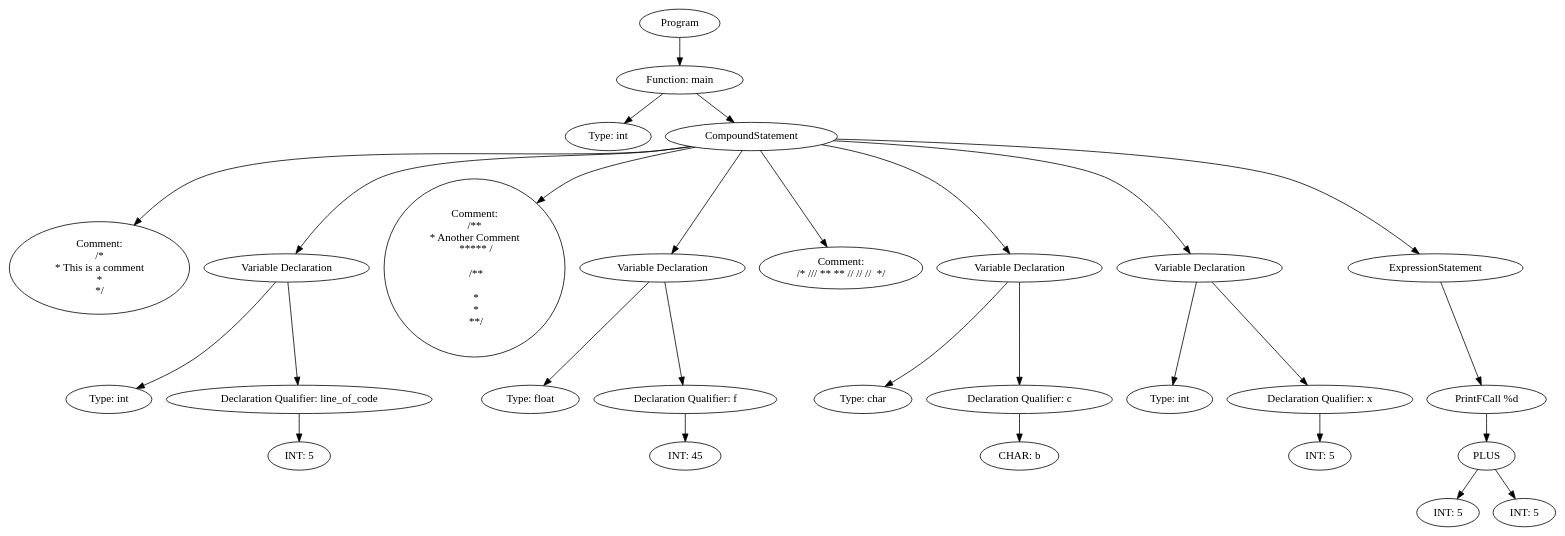
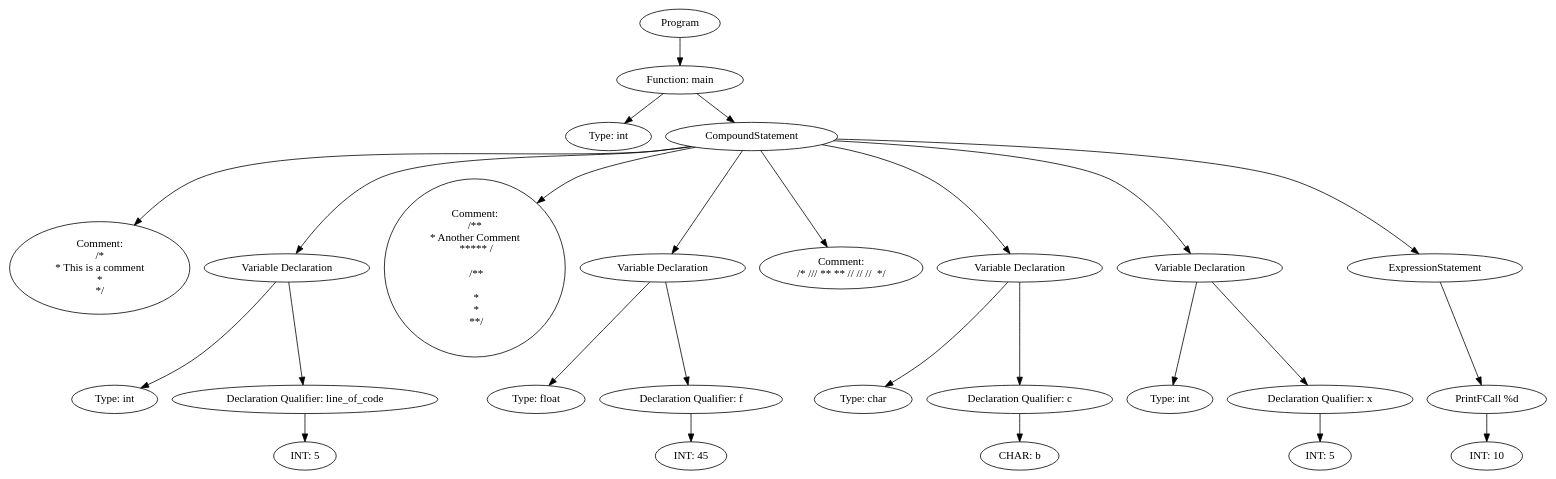
The diagram in output/proj3_man_pass_commentMultiLine_AST.dot (ArneDePeuter/UA-2024-Compiler), drawn with Graphviz before and after one commit. The commit also changed 6 other files, not shown here.

```diff
--- a/output/proj3_man_pass_commentMultiLine_AST.dot
+++ b/output/proj3_man_pass_commentMultiLine_AST.dot
@@ -1,71 +1,67 @@
 digraph ExpressionGraph {
-4532169424 [label="Program"];
-4532169424 -> 4532169360;
-4532169360 [label="Function: main"];
-4532169360 -> 4532169296;
-4532169296 [label="Type: int "];
-4532169360 -> 4531806672;
-4531806672 [label="CompoundStatement"];
-4531806672 -> 4531942736;
-4531942736 [label="Comment: 
+4376464368 [label="Program"];
+4376464368 -> 4376432656;
+4376432656 [label="Function: main"];
+4376432656 -> 4376433232;
+4376433232 [label="Type: int "];
+4376432656 -> 4372131488;
+4372131488 [label="CompoundStatement"];
+4372131488 -> 4376148880;
+4376148880 [label="Comment: 
  /*
  * This is a comment
  *
  */"];
-4531806672 -> 4532167504;
-4532167504 [label="Variable Declaration"];
-4532167504 -> 4531943824;
-4531943824 [label="Type: int "];
-4532167504 -> 4532167568;
-4532167568 [label="Declaration Qualifier: line_of_code"];
-4532167568 -> 4531942672;
-4531942672 [label="INT: 5"];
-4531806672 -> 4532168592;
-4532168592 [label="Comment: 
+4372131488 -> 4376139232;
+4376139232 [label="Variable Declaration"];
+4376139232 -> 4376432224;
+4376432224 [label="Type: int "];
+4376139232 -> 4376433328;
+4376433328 [label="Declaration Qualifier: line_of_code"];
+4376433328 -> 4373229120;
+4373229120 [label="INT: 5"];
+4372131488 -> 4376430736;
+4376430736 [label="Comment: 
  /**
  * Another Comment
   ***** /
 
   /**
 
   *
   *
   **/"];
-4531806672 -> 4532167824;
-4532167824 [label="Variable Declaration"];
-4532167824 -> 4532168976;
-4532168976 [label="Type: float "];
-4532167824 -> 4532167888;
-4532167888 [label="Declaration Qualifier: f"];
-4532167888 -> 4532167632;
-4532167632 [label="INT: 45"];
-4531806672 -> 4532167760;
-4532167760 [label="Comment: 
+4372131488 -> 4376433184;
+4376433184 [label="Variable Declaration"];
+4376433184 -> 4376431504;
+4376431504 [label="Type: float "];
+4376433184 -> 4376430784;
+4376430784 [label="Declaration Qualifier: f"];
+4376430784 -> 4376431456;
+4376431456 [label="INT: 45"];
+4372131488 -> 4376432320;
+4376432320 [label="Comment: 
  /* /// ** ** // // //  */"];
-4531806672 -> 4532168016;
-4532168016 [label="Variable Declaration"];
-4532168016 -> 4532168848;
-4532168848 [label="Type: char "];
-4532168016 -> 4532168080;
-4532168080 [label="Declaration Qualifier: c"];
-4532168080 -> 4532166416;
-4532166416 [label="CHAR: b"];
-4531806672 -> 4532168272;
-4532168272 [label="Variable Declaration"];
-4532168272 -> 4532168656;
-4532168656 [label="Type: int "];
-4532168272 -> 4532168464;
-4532168464 [label="Declaration Qualifier: x"];
-4532168464 -> 4532168208;
-4532168208 [label="INT: 5"];
-4531806672 -> 4532169232;
-4532169232 [label="ExpressionStatement"];
-4532169232 -> 4532169168;
-4532169168 [label="PrintFCall %d"];
-4532169168 -> 4532169104;
-4532169104 [label="PLUS"];
-4532169104 -> 4532168336;
-4532169104 -> 4532169040;
-4532168336 [label="INT: 5"];
-4532169040 [label="INT: 5"];
+4372131488 -> 4376430832;
+4376430832 [label="Variable Declaration"];
+4376430832 -> 4376433472;
+4376433472 [label="Type: char "];
+4376430832 -> 4376433424;
+4376433424 [label="Declaration Qualifier: c"];
+4376433424 -> 4376432560;
+4376432560 [label="CHAR: b"];
+4372131488 -> 4376431792;
+4376431792 [label="Variable Declaration"];
+4376431792 -> 4376433520;
+4376433520 [label="Type: int "];
+4376431792 -> 4376433568;
+4376433568 [label="Declaration Qualifier: x"];
+4376433568 -> 4376434240;
+4376434240 [label="INT: 5"];
+4372131488 -> 4376434000;
+4376434000 [label="ExpressionStatement"];
+4376434000 -> 4376432992;
+4376432992 [label="PrintFCall %d"];
+4376432992 -> 4376432368;
+4376432368 [label="INT: 10"];
 }
```
